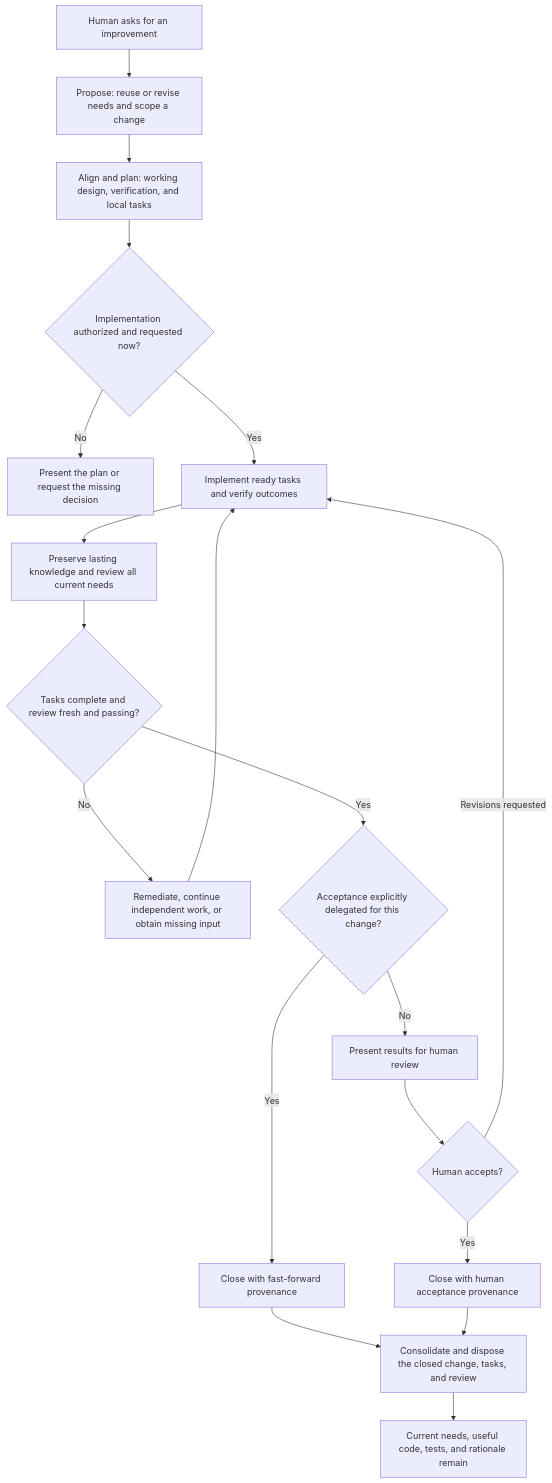
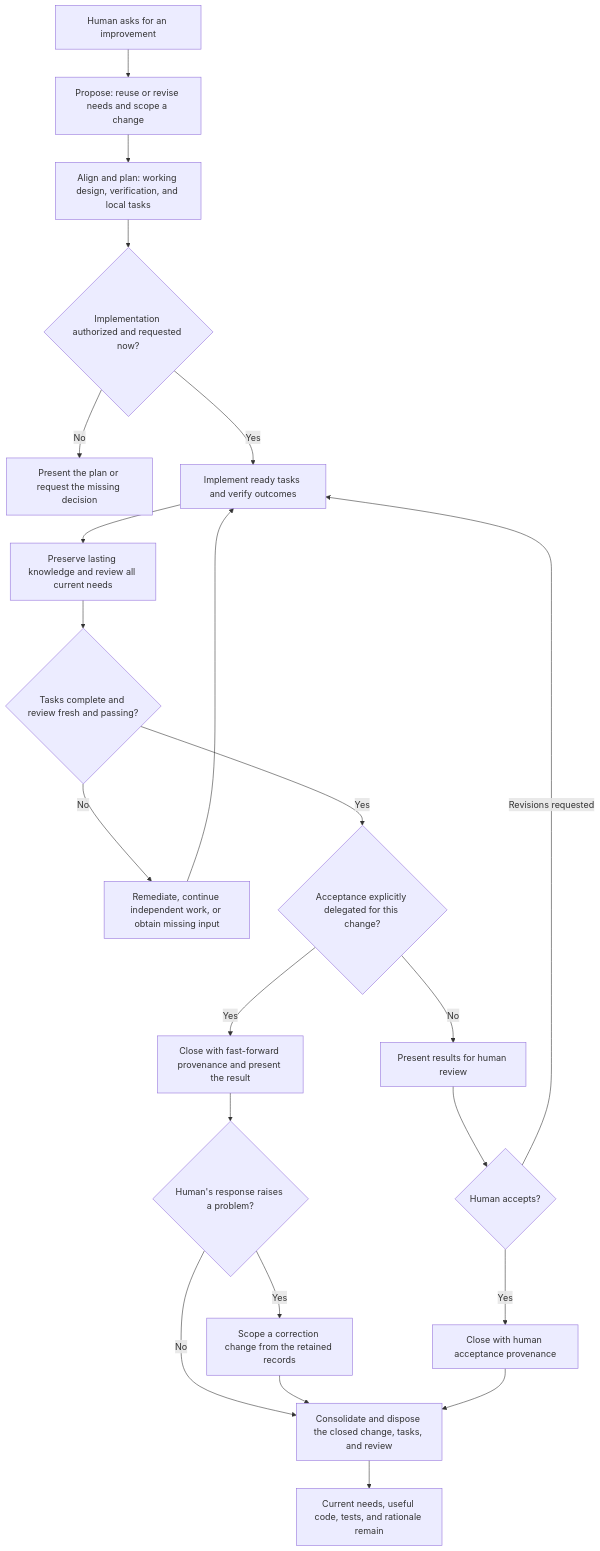
Before and after one commit to yisyang/open-wish: the third of 3 diagrams in docs/workflows.md, drawn with Mermaid. The commit also changed other lines of this file and 35 other files, not shown here.

````diff
--- a/docs/workflows.md
+++ b/docs/workflows.md
@@ -270,21 +270,24 @@
 ```mermaid
 flowchart TD
     A["Human asks for an improvement"] --> B["Propose: reuse or revise needs and scope a change"]
     B --> C["Align and plan: working design, verification, and local tasks"]
     C --> D{"Implementation authorized and requested now?"}
     D -->|No| E["Present the plan or request the missing decision"]
     D -->|Yes| F["Implement ready tasks and verify outcomes"]
     F --> G["Preserve lasting knowledge and review all current needs"]
     G --> H{"Tasks complete and review fresh and passing?"}
     H -->|No| I["Remediate, continue independent work, or obtain missing input"]
     I --> F
     H -->|Yes| J{"Acceptance explicitly delegated for this change?"}
-    J -->|Yes| K["Close with fast-forward provenance"]
+    J -->|Yes| K["Close with fast-forward provenance and present the result"]
     J -->|No| L["Present results for human review"]
     L --> M{"Human accepts?"}
     M -->|Revisions requested| F
     M -->|Yes| N["Close with human acceptance provenance"]
-    K --> O["Consolidate and dispose the closed change, tasks, and review"]
+    K --> Q{"Human's response raises a problem?"}
+    Q -->|Yes| R["Scope a correction change from the retained records"]
+    Q -->|No| O["Consolidate and dispose the closed change, tasks, and review"]
+    R --> O
     N --> O
     O --> P["Current needs, useful code, tests, and rationale remain"]
 ```
````
